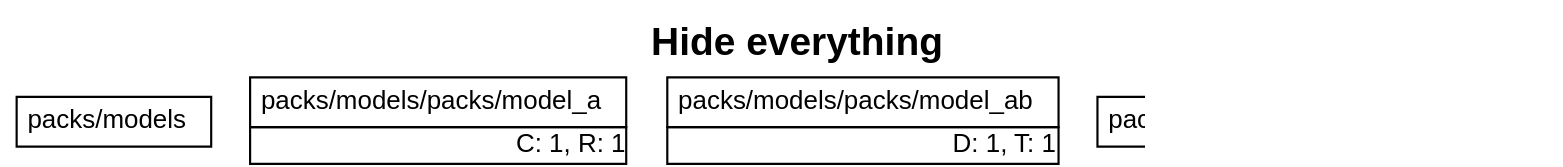
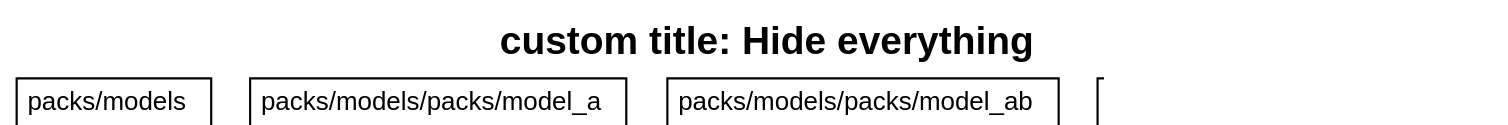
Before and after one commit to rubyatscale/visualize_packs: the diagram in spec/sample_app1/test_output/no_to_all.dot, drawn with Graphviz. The commit also changed 6 other files, not shown here.

Commit message:
Updated diagrams

```diff
--- a/spec/sample_app1/test_output/no_to_all.dot
+++ b/spec/sample_app1/test_output/no_to_all.dot
@@ -1,111 +1,108 @@
 digraph package_diagram {
   rankdir=TD
   graph [
     labelloc="t"
     fontname="Helvetica,Arial,sans-serif"
     dpi=100
     layout=dot
-    label=<<b>Hide everything</b>>
+    label=<<b>custom title: Hide everything</b>>
     fontsize=18
   ]
   node [
     fontname="Helvetica,Arial,sans-serif"
     fontsize=26.0
     fontcolor=black
     fillcolor=white
     color=black
     height=1.0
     style=filled
     shape=plain
   ]
     subgraph app {
       shape=box
       color=darkgrey
       fillcolor=lightblue
       style=filled
         cluster=false
         "packs/models" [
             fontsize=12.0
               URL="https://github.com/rubyatscale/visualize_packwerk/tree/main/spec/sample_app/packs/models"
 
             label= <
                 <table border='0' cellborder='1' cellspacing='0' cellpadding='4'>
                   <tr> <td align='left'> packs/models </td> </tr>
                 </table>
               >
           ]
         
         "packs/models/packs/model_a" [
             fontsize=12.0
               URL="https://github.com/rubyatscale/visualize_packwerk/tree/main/spec/sample_app/packs/models/packs/model_a"
 
             label= <
                 <table border='0' cellborder='1' cellspacing='0' cellpadding='4'>
                   <tr> <td align='left'> packs/models/packs/model_a </td> </tr>
-                  <tr><td CELLPADDING='1' ALIGN='RIGHT'>C: 1, R: 1</td></tr>
                 </table>
               >
           ]
         
         "packs/models/packs/model_ab" [
             fontsize=12.0
               URL="https://github.com/rubyatscale/visualize_packwerk/tree/main/spec/sample_app/packs/models/packs/model_ab"
 
             label= <
                 <table border='0' cellborder='1' cellspacing='0' cellpadding='4'>
                   <tr> <td align='left'> packs/models/packs/model_ab </td> </tr>
-                  <tr><td CELLPADDING='1' ALIGN='RIGHT'>D: 1, T: 1</td></tr>
                 </table>
               >
           ]
         
         "packs/ui" [
             fontsize=12.0
               URL="https://github.com/rubyatscale/visualize_packwerk/tree/main/spec/sample_app/packs/ui"
 
             label= <
                 <table border='0' cellborder='1' cellspacing='0' cellpadding='4'>
                   <tr> <td align='left'> packs/ui </td> </tr>
                 </table>
               >
           ]
         
     }
     subgraph utilities {
       shape=box
       color=darkgrey
       fillcolor=lightblue
       style=filled
         cluster=false
         "packs/utility" [
             fontsize=12.0
               URL="https://github.com/rubyatscale/visualize_packwerk/tree/main/spec/sample_app/packs/utility"
 
             label= <
                 <table border='0' cellborder='1' cellspacing='0' cellpadding='4'>
                   <tr> <td align='left'> packs/utility </td> </tr>
-                  <tr><td CELLPADDING='1' ALIGN='RIGHT'>C: 1, D: 0, R: 1, T: 0</td></tr>
                 </table>
               >
           ]
         
     }
     subgraph NotInLayer {
       shape=box
       color=darkgrey
       fillcolor=lightblue
       style=filled
         cluster=false
         "." [
             fontsize=12.0
               URL="https://github.com/rubyatscale/visualize_packwerk/tree/main/spec/sample_app/"
 
             label= <
                 <table border='0' cellborder='1' cellspacing='0' cellpadding='4'>
                   <tr> <td align='left'> . </td> </tr>
                 </table>
               >
           ]
         
     }
 }
```
